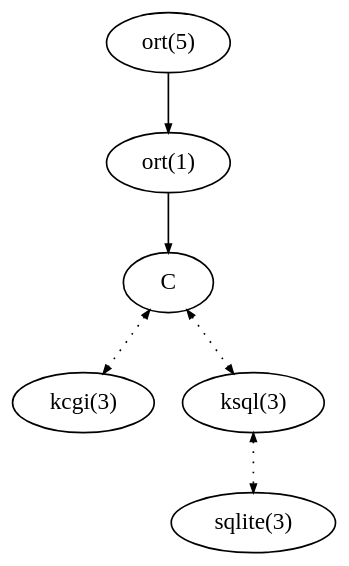
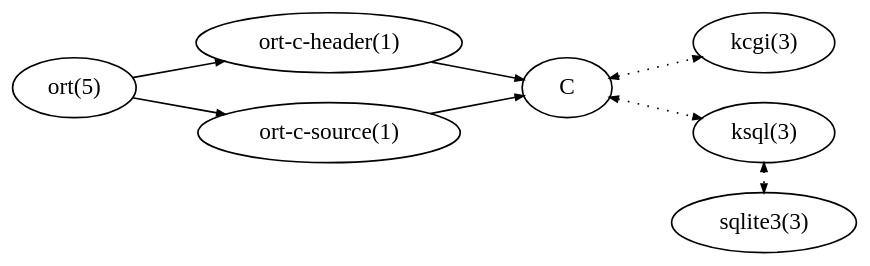
Before and after one commit to kristapsdz/openradtool: the diagram in index-fig2.dot, drawn with Graphviz. The commit also changed 12 other files, not shown here.

Commit message:
Make images be LR, fix some sqlite -> sqlite3, change links to ort, note parentage.

```diff
--- a/index-fig2.dot
+++ b/index-fig2.dot
@@ -1,21 +1,25 @@
 
 digraph {
 	edge [arrowsize="0.5";];
 	bgcolor="transparent";
+	rankdir="LR";
 
 	cfg[label="ort(5)"];
-	bin[label="ort(1)"];
+
+	bin1[label="ort-c-header(1)"];
+	bin2[label="ort-c-source(1)"];
+
 	kcgi[label="kcgi(3)"];
 	ksql[label="ksql(3)"];
-	sqlite[label="sqlite(3)"];
+	sqlite[label="sqlite3(3)"];
 	src[label="C"];
 
-	cfg -> bin -> src;
+	cfg -> bin1 -> src;
+	cfg -> bin2 -> src;
 
-	{ rank=same; ksql; kcgi; }
-	{ rank=same; sqlite; }
+	{ rank=same; ksql; kcgi; sqlite; }
 
 	src -> ksql[dir="both"; style="dotted"];
 	src -> kcgi[dir="both"; style="dotted"];
 	ksql -> sqlite[dir="both"; style="dotted"];
 }
```
